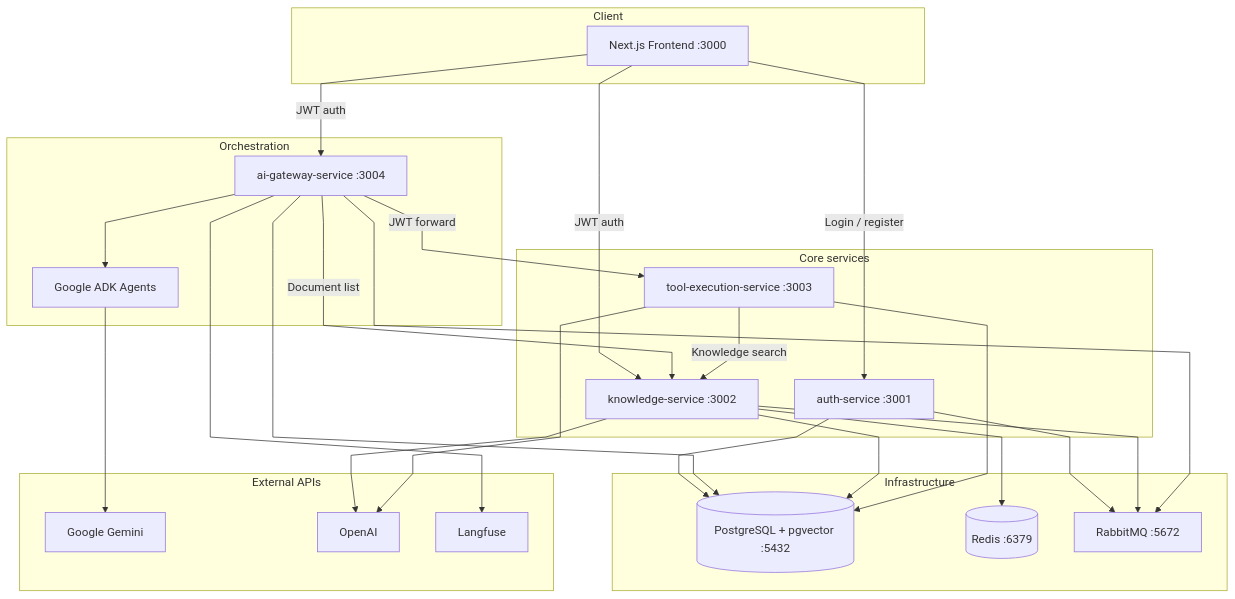
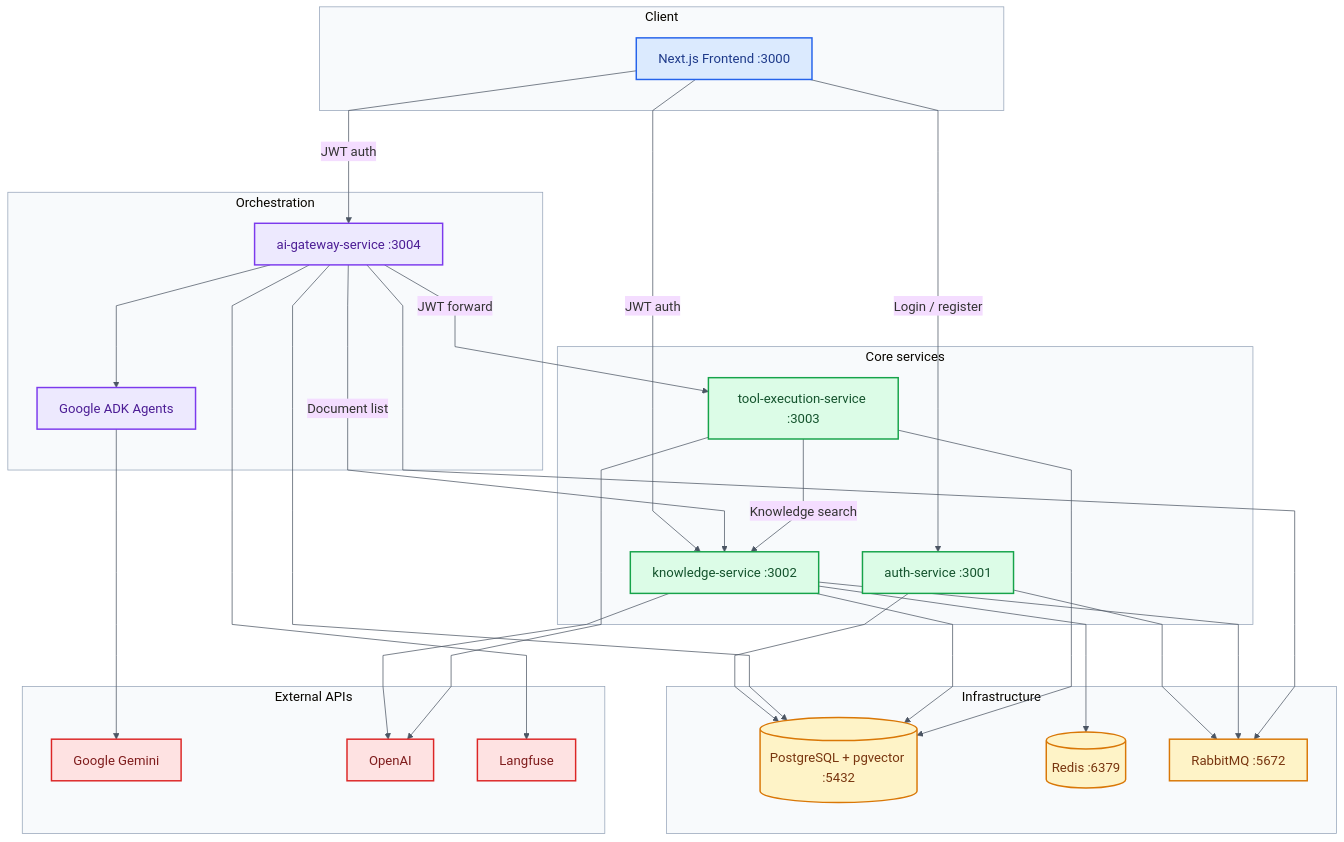
Before and after one commit to Danilka-Akarawita/Assignment: the first of 2 diagrams in README.md, drawn with Mermaid. The commit also changed other lines of this file, not shown here.

````diff
--- a/README.md
+++ b/README.md
@@ -34,55 +34,67 @@
 ```mermaid
-%%{init: {'flowchart': {'curve':'linear'}}}%%
+%%{init: {'theme':'base','flowchart': {'curve':'linear','nodeSpacing': 60,'rankSpacing': 85},'themeVariables': {'fontFamily':'Arial','fontSize':'18px','lineColor':'#4b5563','clusterBkg':'#f8fafc','clusterBorder':'#94a3b8'}}}%%
 flowchart TB
   subgraph client [Client]
     FE[Next.js Frontend :3000]
   end
 
   subgraph gateway [Orchestration]
     GW[ai-gateway-service :3004]
     ADK[Google ADK Agents]
     GW --> ADK
   end
 
   subgraph core [Core services]
     AUTH[auth-service :3001]
     KNOW[knowledge-service :3002]
     TOOLS[tool-execution-service :3003]
   end
 
   subgraph infra [Infrastructure]
     PG[(PostgreSQL + pgvector :5432)]
     REDIS[(Redis :6379)]
     RMQ[RabbitMQ :5672]
   end
 
   subgraph external [External APIs]
     GEMINI[Google Gemini]
     OPENAI[OpenAI]
     LF[Langfuse]
   end
 
   FE -->|Login / register| AUTH
   FE -->|JWT auth| GW
   FE -->|JWT auth| KNOW
 
   GW -->|Document list| KNOW
   GW -->|JWT forward| TOOLS
   TOOLS -->|Knowledge search| KNOW
 
   AUTH --> PG
   GW --> PG
   KNOW --> PG
   TOOLS --> PG
 
   KNOW --> REDIS
   KNOW --> OPENAI
   TOOLS --> OPENAI
 
   AUTH --> RMQ
   KNOW --> RMQ
   GW --> RMQ
 
   ADK --> GEMINI
   GW --> LF
+
+  classDef client fill:#dbeafe,stroke:#2563eb,color:#1e3a8a,stroke-width:2px;
+  classDef orchestration fill:#ede9fe,stroke:#7c3aed,color:#4c1d95,stroke-width:2px;
+  classDef service fill:#dcfce7,stroke:#16a34a,color:#14532d,stroke-width:2px;
+  classDef infra fill:#fef3c7,stroke:#d97706,color:#78350f,stroke-width:2px;
+  classDef external fill:#fee2e2,stroke:#dc2626,color:#7f1d1d,stroke-width:2px;
+
+  class FE client;
+  class GW,ADK orchestration;
+  class AUTH,KNOW,TOOLS service;
+  class PG,REDIS,RMQ infra;
+  class GEMINI,OPENAI,LF external;
 ```
````
